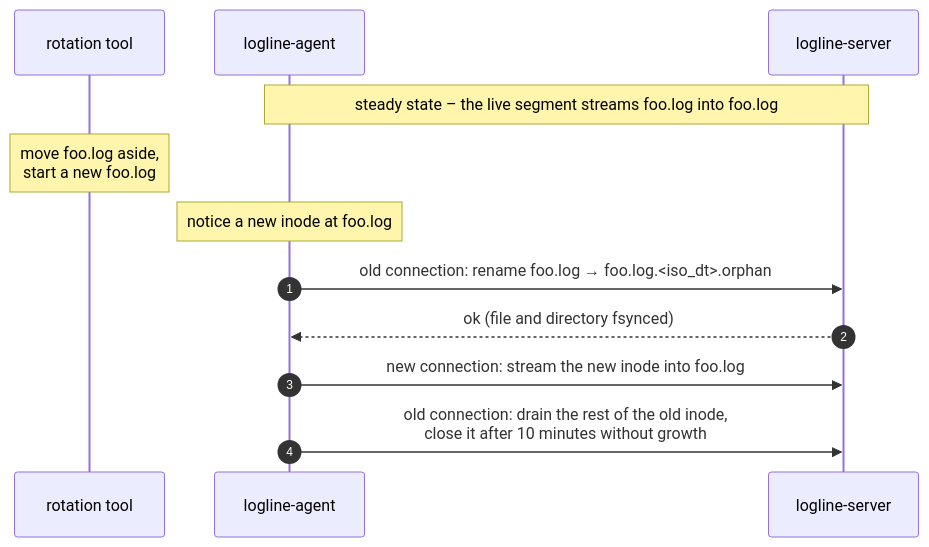
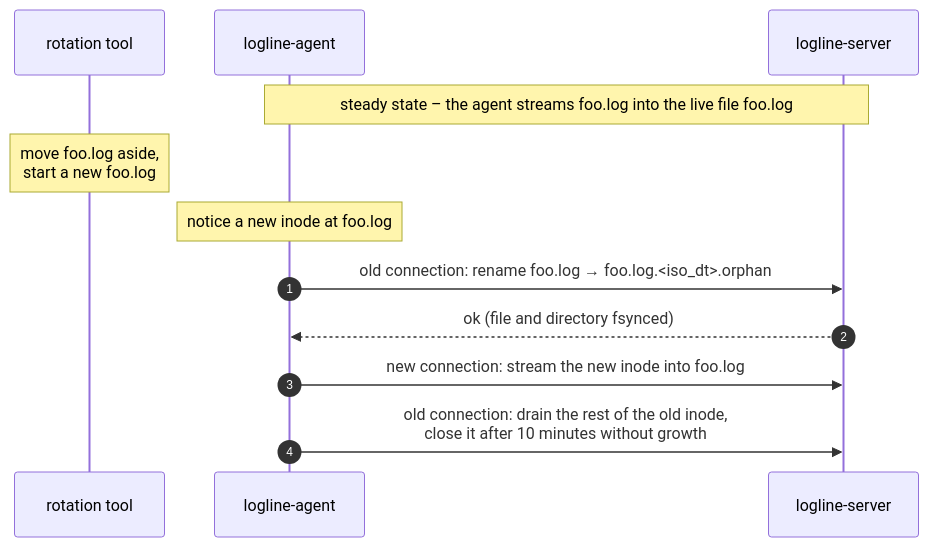
Before and after one commit to leadhub-code/logline: the second of 3 diagrams in README.md, drawn with Mermaid. The commit also changed other lines of this file, not shown here.

````diff
--- a/README.md
+++ b/README.md
@@ -258,15 +258,15 @@
 ```mermaid
 sequenceDiagram
     autonumber
     participant R as rotation tool
     participant A as logline-agent
     participant S as logline-server
 
-    Note over A,S: steady state – the live segment streams foo.log into foo.log
+    Note over A,S: steady state – the agent streams foo.log into the live file foo.log
     Note over R: move foo.log aside,<br/>start a new foo.log
     Note over A: notice a new inode at foo.log
     A->>S: old connection: rename foo.log → foo.log.#lt;iso_dt#gt;.orphan
     S-->>A: ok (file and directory fsynced)
     A->>S: new connection: stream the new inode into foo.log
     A->>S: old connection: drain the rest of the old inode,<br/>close it after 10 minutes without growth
 ```
````
